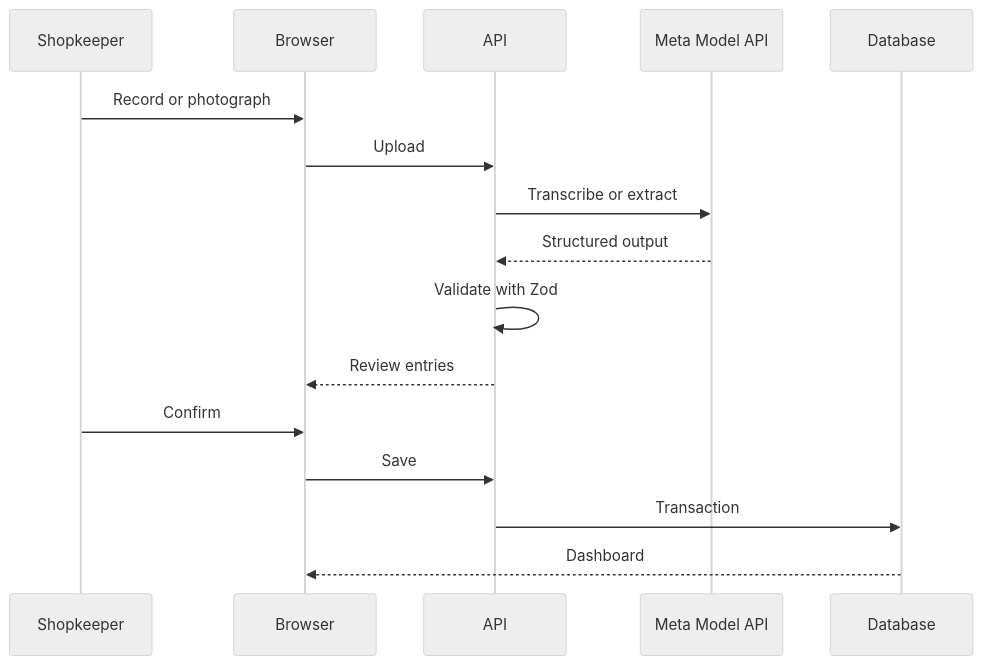
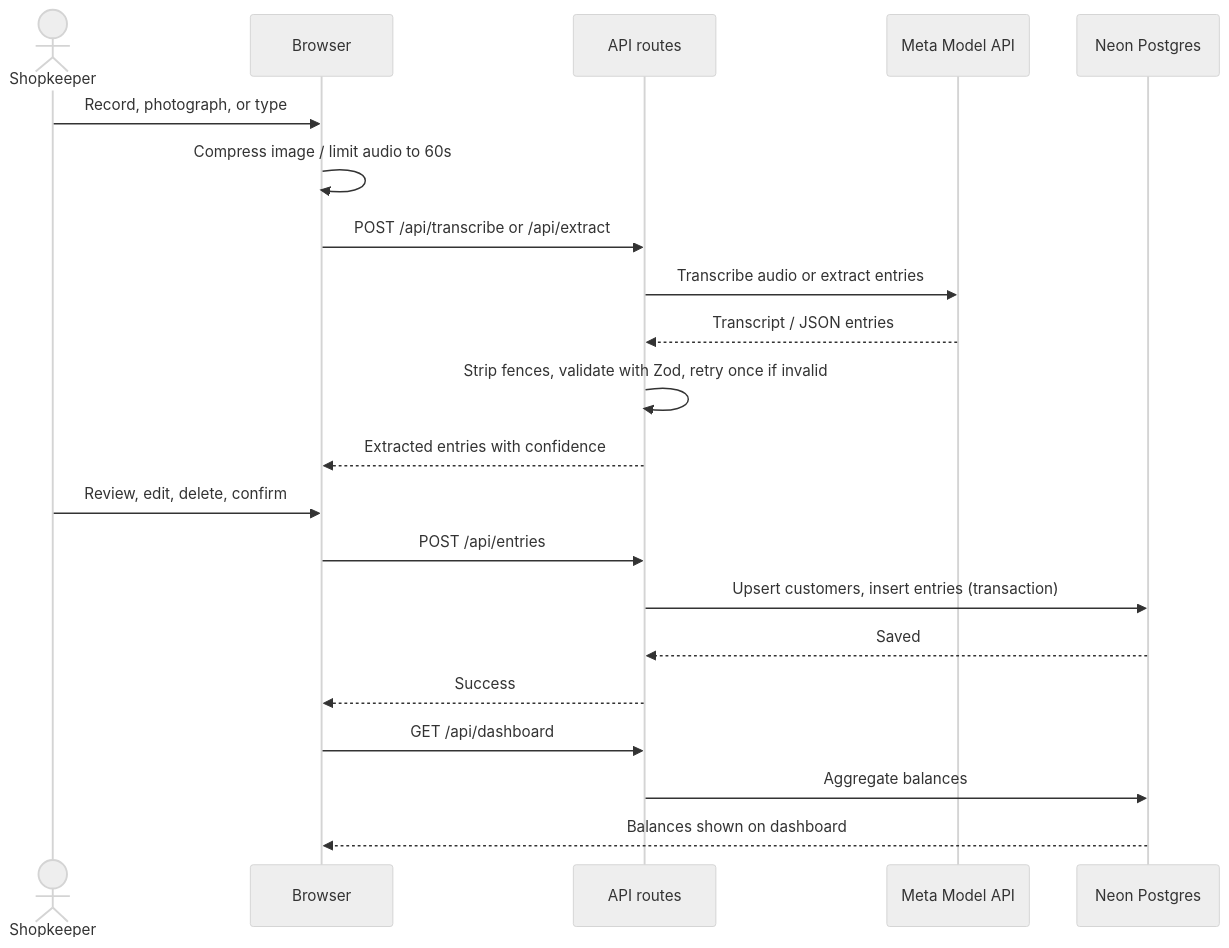
Before and after one commit to VISHALIN-rgm/TabTalk: the second of 7 diagrams in README.md, drawn with Mermaid (neutral theme). The commit also changed other lines of this file, not shown here.

````diff
--- a/README.md
+++ b/README.md
@@ -52,13 +158,24 @@
 ```mermaid
 sequenceDiagram
- Shopkeeper->>Browser: Record or photograph
- Browser->>API: Upload
- API->>Meta Model API: Transcribe or extract
- Meta Model API-->>API: Structured output
- API->>API: Validate with Zod
- API-->>Browser: Review entries
- Shopkeeper->>Browser: Confirm
- Browser->>API: Save
- API->>Database: Transaction
- Database-->>Browser: Dashboard
+    actor S as Shopkeeper
+    participant B as Browser
+    participant A as API routes
+    participant M as Meta Model API
+    participant D as Neon Postgres
+
+    S->>B: Record, photograph, or type
+    B->>B: Compress image / limit audio to 60s
+    B->>A: POST /api/transcribe or /api/extract
+    A->>M: Transcribe audio or extract entries
+    M-->>A: Transcript / JSON entries
+    A->>A: Strip fences, validate with Zod, retry once if invalid
+    A-->>B: Extracted entries with confidence
+    S->>B: Review, edit, delete, confirm
+    B->>A: POST /api/entries
+    A->>D: Upsert customers, insert entries (transaction)
+    D-->>A: Saved
+    A-->>B: Success
+    B->>A: GET /api/dashboard
+    A->>D: Aggregate balances
+    D-->>B: Balances shown on dashboard
 ```
````
